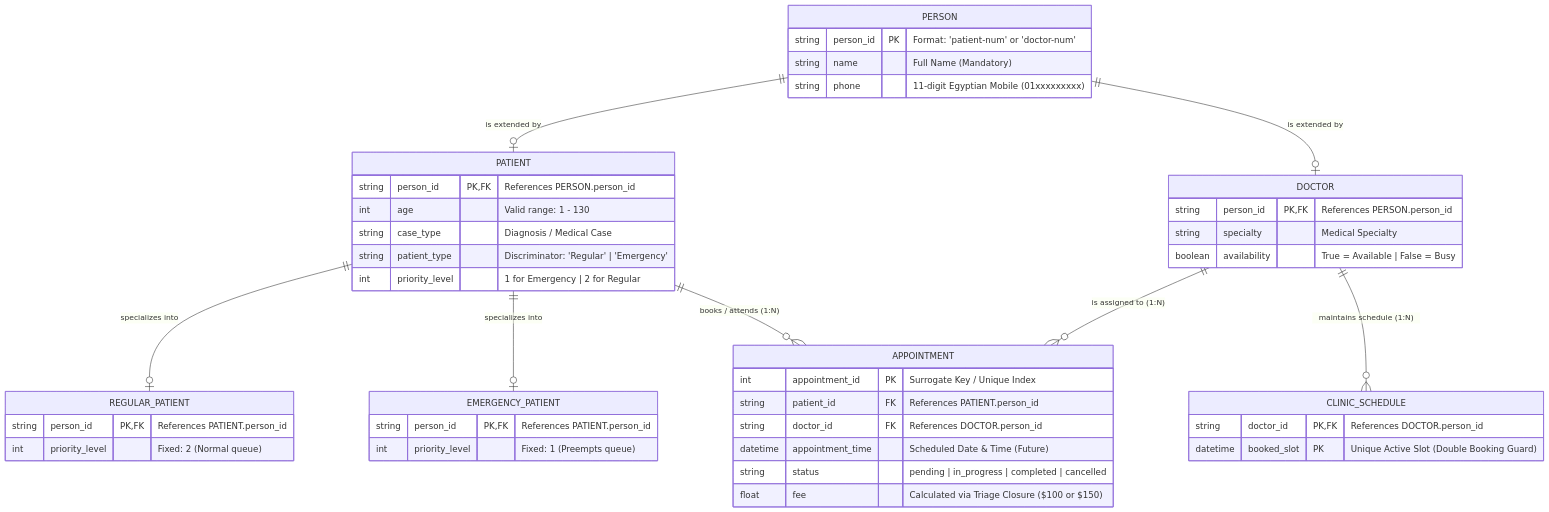
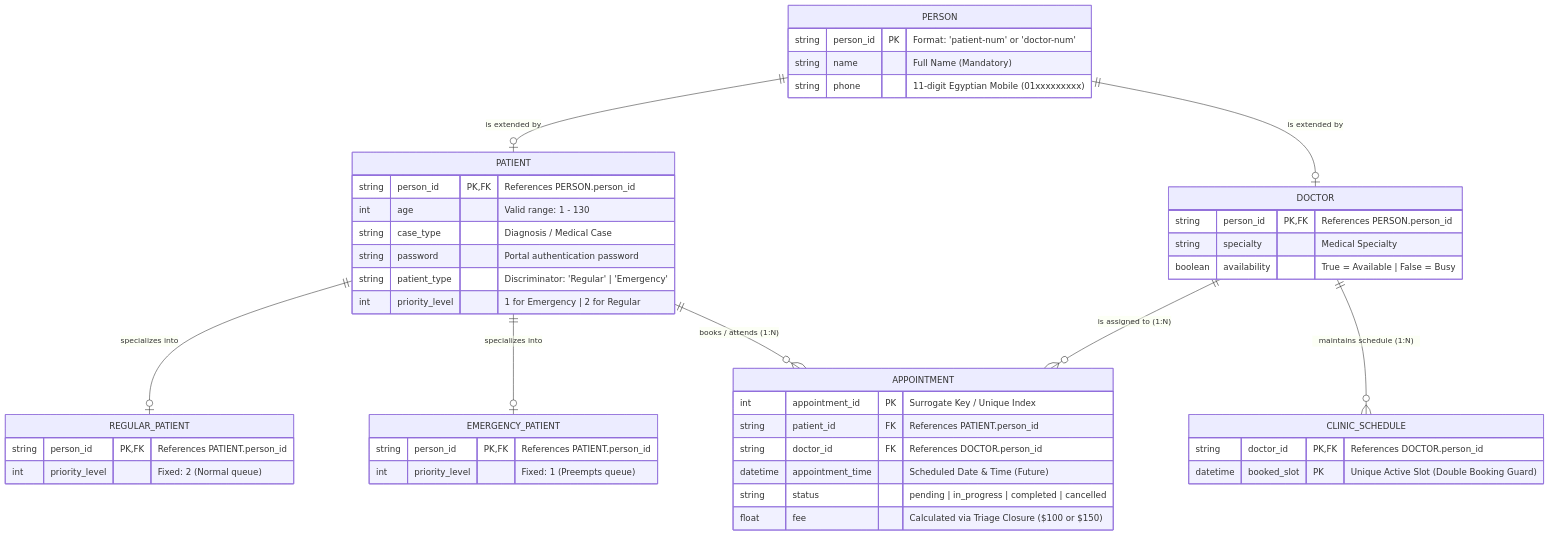
The first of 2 diagrams in ERD.md (mohamed-elhosary1/SIC-Smart-Clinic), drawn with Mermaid before and after one commit. The commit also changed other lines of this file and 2 other files, not shown here.

Commit message:
refactor: redesign RBAC with StaffUser and PatientUser portal, extract actions into functions

````diff
--- a/ERD.md
+++ b/ERD.md
@@ -5,57 +5,58 @@
 ```mermaid
 erDiagram
     PERSON {
         string person_id PK "Format: 'patient-num' or 'doctor-num'"
         string name "Full Name (Mandatory)"
         string phone "11-digit Egyptian Mobile (01xxxxxxxxx)"
     }
 
     PATIENT {
         string person_id PK, FK "References PERSON.person_id"
         int age "Valid range: 1 - 130"
         string case_type "Diagnosis / Medical Case"
+        string password "Portal authentication password"
         string patient_type "Discriminator: 'Regular' | 'Emergency'"
         int priority_level "1 for Emergency | 2 for Regular"
     }
 
     REGULAR_PATIENT {
         string person_id PK, FK "References PATIENT.person_id"
         int priority_level "Fixed: 2 (Normal queue)"
     }
 
     EMERGENCY_PATIENT {
         string person_id PK, FK "References PATIENT.person_id"
         int priority_level "Fixed: 1 (Preempts queue)"
     }
 
     DOCTOR {
         string person_id PK, FK "References PERSON.person_id"
         string specialty "Medical Specialty"
         boolean availability "True = Available | False = Busy"
     }
 
     APPOINTMENT {
         int appointment_id PK "Surrogate Key / Unique Index"
         string patient_id FK "References PATIENT.person_id"
         string doctor_id FK "References DOCTOR.person_id"
         datetime appointment_time "Scheduled Date & Time (Future)"
         string status "pending | in_progress | completed | cancelled"
         float fee "Calculated via Triage Closure ($100 or $150)"
     }
 
     CLINIC_SCHEDULE {
         string doctor_id PK, FK "References DOCTOR.person_id"
         datetime booked_slot PK "Unique Active Slot (Double Booking Guard)"
     }
 
     %% Inheritance / Subtyping relationships (Class Table Inheritance)
     PERSON ||--o| PATIENT : "is extended by"
     PERSON ||--o| DOCTOR : "is extended by"
     PATIENT ||--o| REGULAR_PATIENT : "specializes into"
     PATIENT ||--o| EMERGENCY_PATIENT : "specializes into"
 
     %% Operational Relationships
     PATIENT ||--o{ APPOINTMENT : "books / attends (1:N)"
     DOCTOR ||--o{ APPOINTMENT : "is assigned to (1:N)"
     DOCTOR ||--o{ CLINIC_SCHEDULE : "maintains schedule (1:N)"
 ```
````
